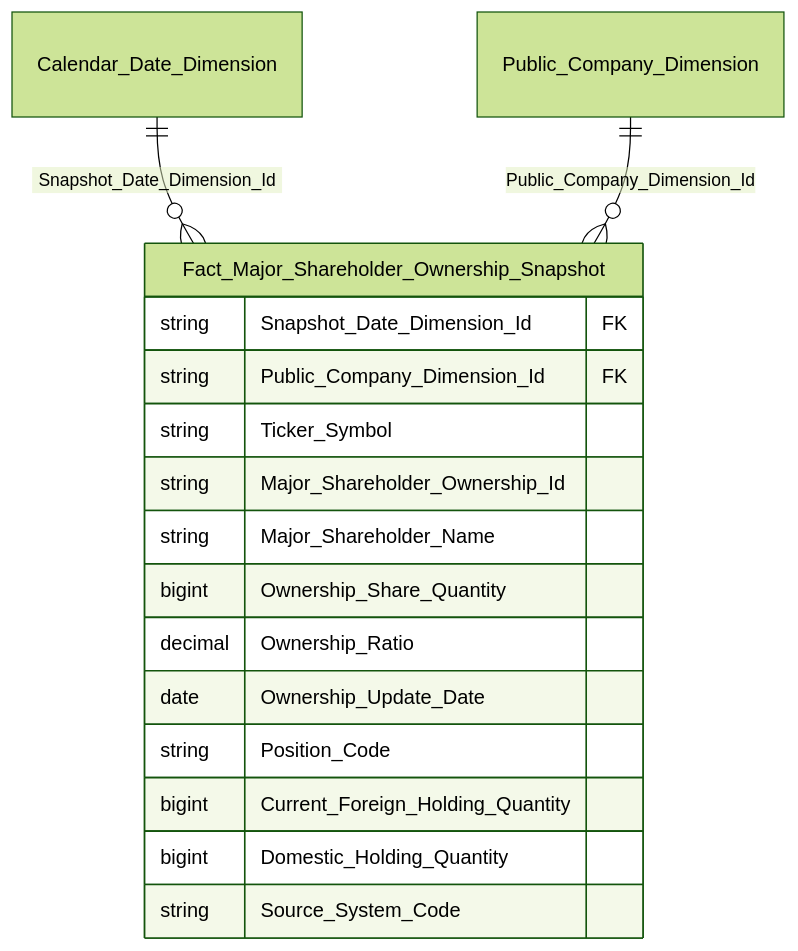
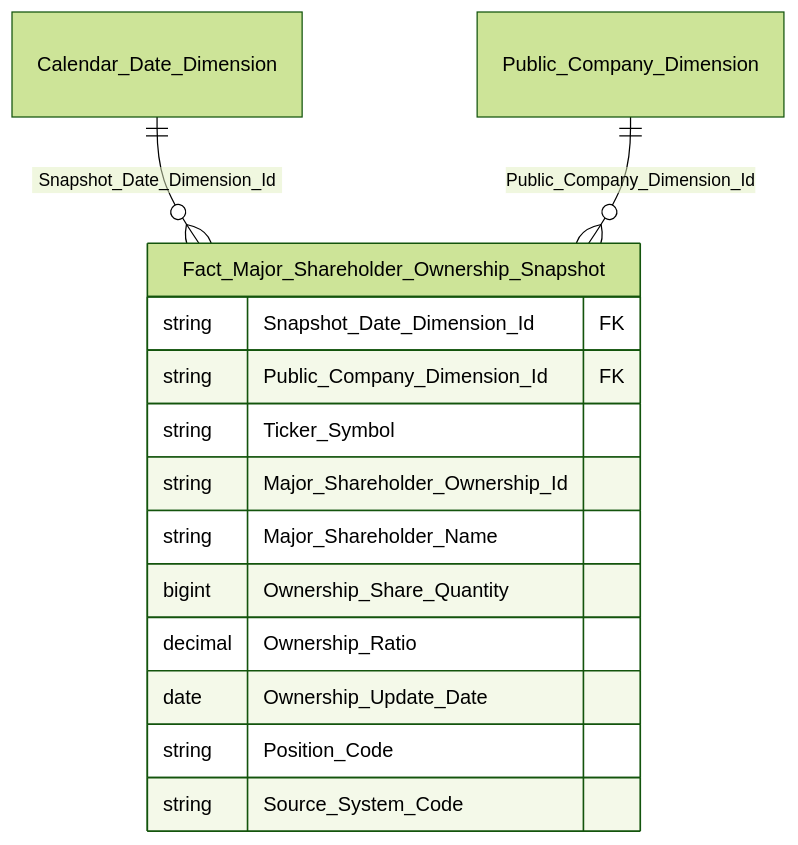
The tenth of 14 diagrams in Datamart/hld/DTM_GSTT_Entities.md (linhlvit/ubck_atomic_design), drawn with Mermaid (forest theme) before and after one commit. The commit also changed other lines of this file and 21 other files, not shown here.

````diff
--- a/Datamart/hld/DTM_GSTT_Entities.md
+++ b/Datamart/hld/DTM_GSTT_Entities.md
@@ -171,19 +188,17 @@
 ```mermaid
 erDiagram
     Fact_Major_Shareholder_Ownership_Snapshot {
         string Snapshot_Date_Dimension_Id FK
         string Public_Company_Dimension_Id FK
         string Ticker_Symbol
         string Major_Shareholder_Ownership_Id
         string Major_Shareholder_Name
         bigint Ownership_Share_Quantity
         decimal Ownership_Ratio
         date Ownership_Update_Date
         string Position_Code
-        bigint Current_Foreign_Holding_Quantity
-        bigint Domestic_Holding_Quantity
         string Source_System_Code
     }
     Calendar_Date_Dimension ||--o{ Fact_Major_Shareholder_Ownership_Snapshot : "Snapshot_Date_Dimension_Id"
     Public_Company_Dimension ||--o{ Fact_Major_Shareholder_Ownership_Snapshot : "Public_Company_Dimension_Id"
 ```
````
